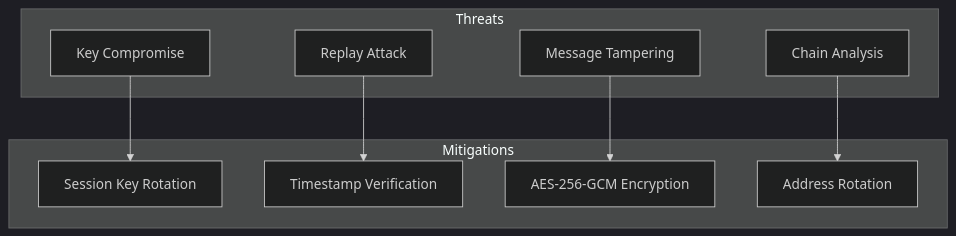
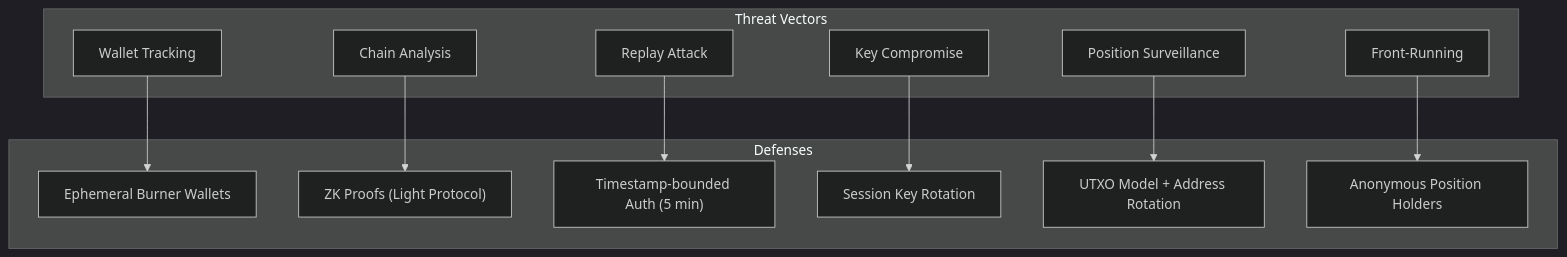
Before and after one commit to bri-anadi/frequencii: diagram 12 of 12 in ARCHITECTURE.md, drawn with Mermaid (dark theme). The commit also changed other lines of this file and 1 other file, not shown here.

````diff
--- a/ARCHITECTURE.md
+++ b/ARCHITECTURE.md
@@ -428,21 +495,27 @@
 ```mermaid
 flowchart TB
-    subgraph Threats["Threats"]
-        T1[Key Compromise]
-        T2[Replay Attack]
-        T3[Message Tampering]
-        T4[Chain Analysis]
+    subgraph Threats["Threat Vectors"]
+        T1["Wallet Tracking"]
+        T2["Chain Analysis"]
+        T3["Replay Attack"]
+        T4["Key Compromise"]
+        T5["Position Surveillance"]
+        T6["Front-Running"]
     end
 
-    subgraph Mitigations["Mitigations"]
-        M1[Session Key Rotation]
-        M2[Timestamp Verification]
-        M3[AES-256-GCM Encryption]
-        M4[Address Rotation]
+    subgraph Mitigations["Defenses"]
+        M1["Ephemeral Burner Wallets"]
+        M2["ZK Proofs (Light Protocol)"]
+        M3["Timestamp-bounded Auth (5 min)"]
+        M4["Session Key Rotation"]
+        M5["UTXO Model + Address Rotation"]
+        M6["Anonymous Position Holders"]
     end
 
     T1 --> M1
     T2 --> M2
     T3 --> M3
     T4 --> M4
+    T5 --> M5
+    T6 --> M6
 ```
````
